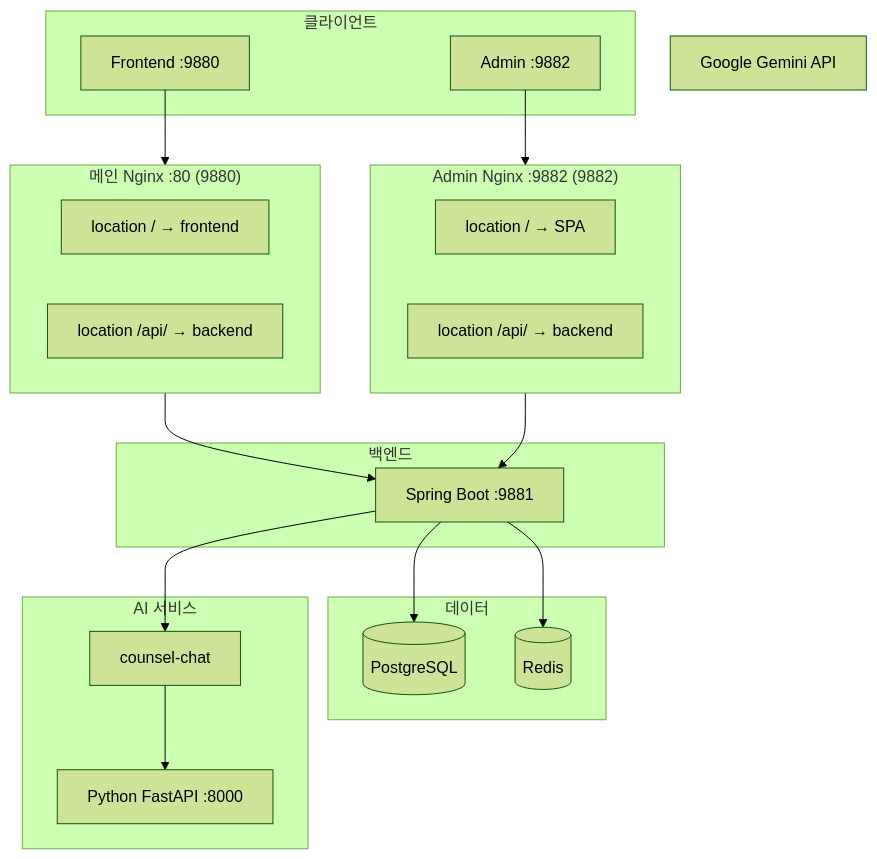
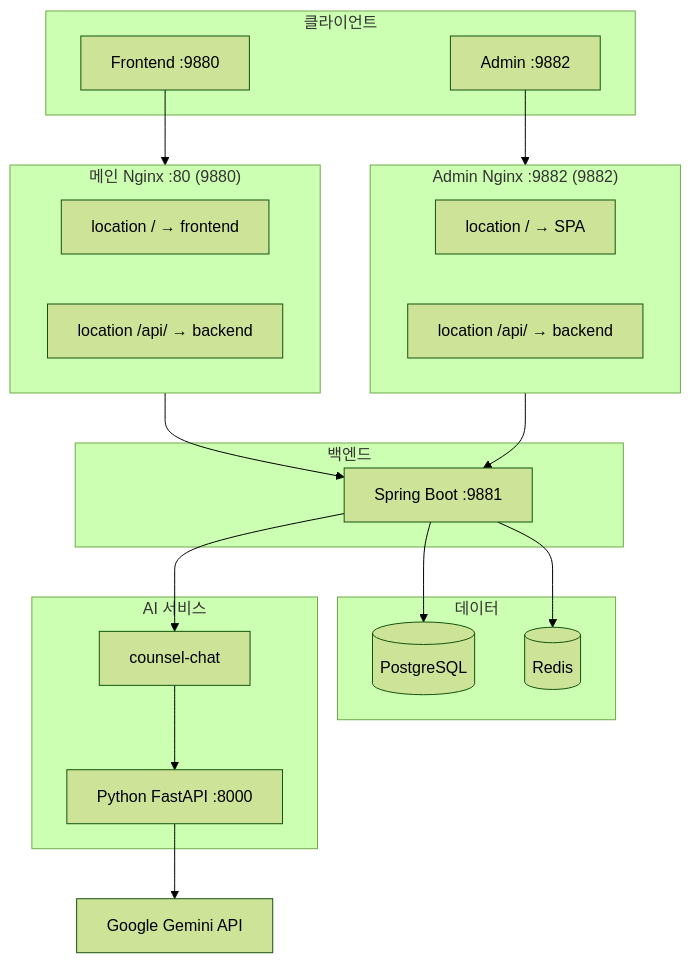
The first of 2 diagrams in index.md (BigHwangTaeYeon/portfolio), drawn with Mermaid (forest theme) before and after one commit.

Commit message:
Add Python to Ext in request flow

````diff
--- a/index.md
+++ b/index.md
@@ -213,42 +213,43 @@
 ```mermaid
 flowchart TB
     subgraph Client["클라이언트"]
         FE[Frontend :9880]
         Admin[Admin :9882]
     end
 
     subgraph MainNginx["메인 Nginx :80 (9880)"]
         N1[location / → frontend]
         N2[location /api/ → backend]
     end
 
     subgraph AdminNginx["Admin Nginx :9882 (9882)"]
         A1[location / → SPA]
         A2[location /api/ → backend]
     end
 
     subgraph Backend["백엔드"]
         Spring[Spring Boot :9881]
     end
 
     subgraph Data["데이터"]
         PG[(PostgreSQL)]
         Redis[(Redis)]
     end
 
     subgraph AI["AI 서비스"]
         Chat[counsel-chat]
         Python[Python FastAPI :8000]
     end
 
     Ext[Google Gemini API]
 
     FE --> MainNginx
     Admin --> AdminNginx
     MainNginx --> Spring
     AdminNginx --> Spring
     Spring --> PG
     Spring --> Redis
     Spring --> Chat
     Chat --> Python
+    Python --> Ext
 ```
````
